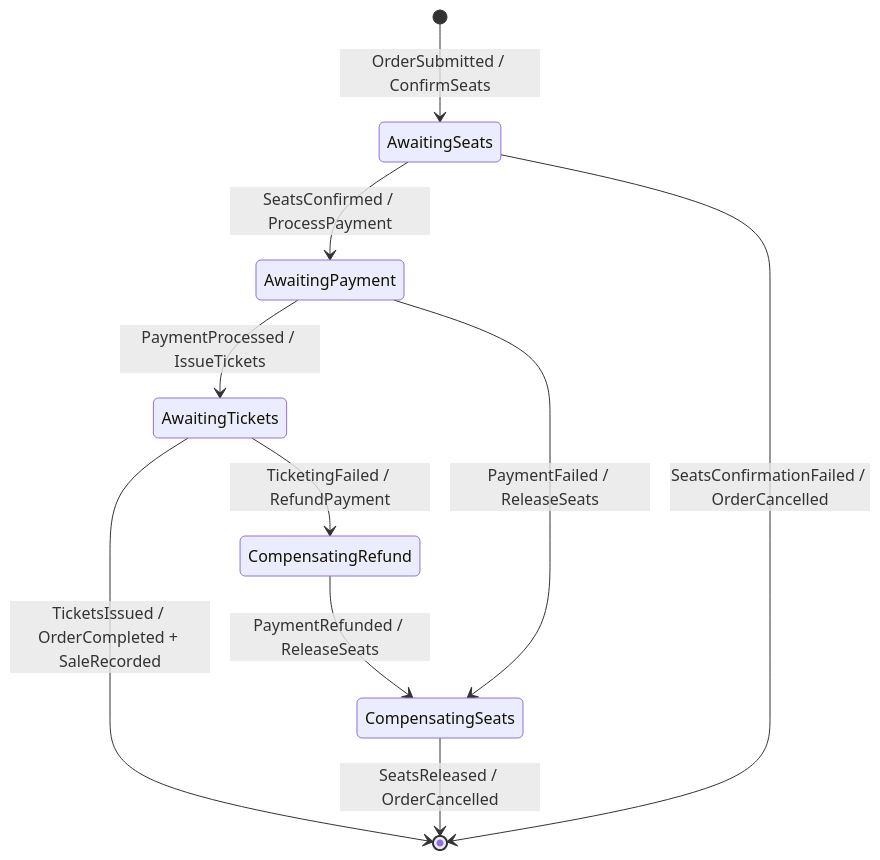
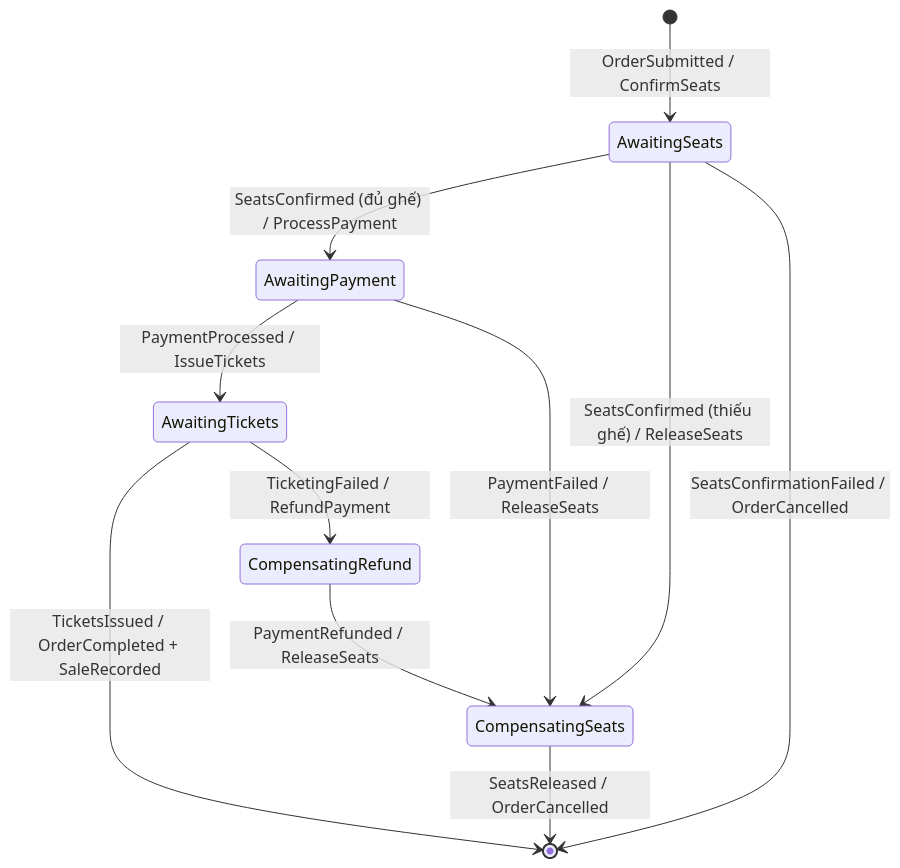
One commit to KingChen711/ticket-flow changed the second of 2 diagrams in README.md. Above: the diagram before and after it, drawn with Mermaid. The commit also changed other lines of this file and 8 other files, not shown here.

First line of the commit message:
fix(ordering): cancel partially confirmed orders and keep confirmed seats on the order

````diff
--- a/README.md
+++ b/README.md
@@ -111,12 +111,13 @@
 ```mermaid
 stateDiagram-v2
     [*] --> AwaitingSeats: OrderSubmitted / ConfirmSeats
-    AwaitingSeats --> AwaitingPayment: SeatsConfirmed / ProcessPayment
+    AwaitingSeats --> AwaitingPayment: SeatsConfirmed (đủ ghế) / ProcessPayment
+    AwaitingSeats --> CompensatingSeats: SeatsConfirmed (thiếu ghế) / ReleaseSeats
     AwaitingSeats --> [*]: SeatsConfirmationFailed / OrderCancelled
     AwaitingPayment --> AwaitingTickets: PaymentProcessed / IssueTickets
     AwaitingPayment --> CompensatingSeats: PaymentFailed / ReleaseSeats
     AwaitingTickets --> [*]: TicketsIssued / OrderCompleted + SaleRecorded
     AwaitingTickets --> CompensatingRefund: TicketingFailed / RefundPayment
     CompensatingRefund --> CompensatingSeats: PaymentRefunded / ReleaseSeats
     CompensatingSeats --> [*]: SeatsReleased / OrderCancelled
 ```
````
